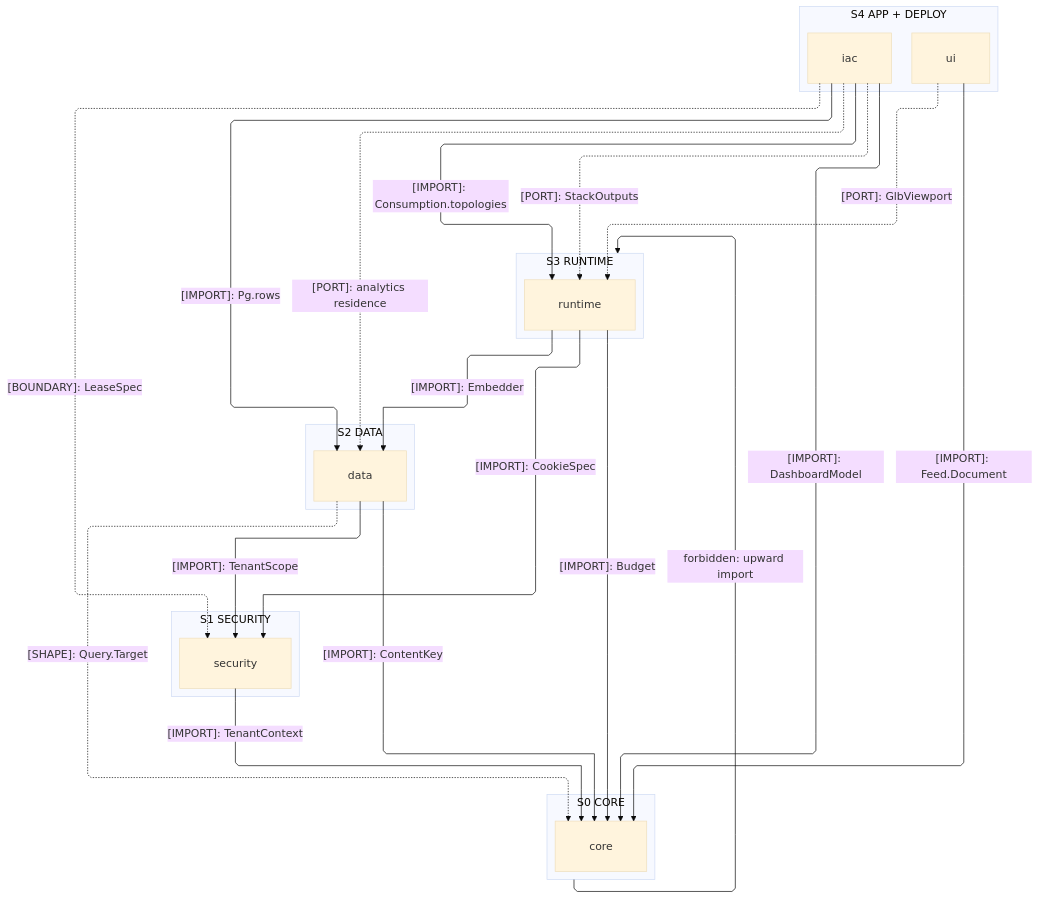
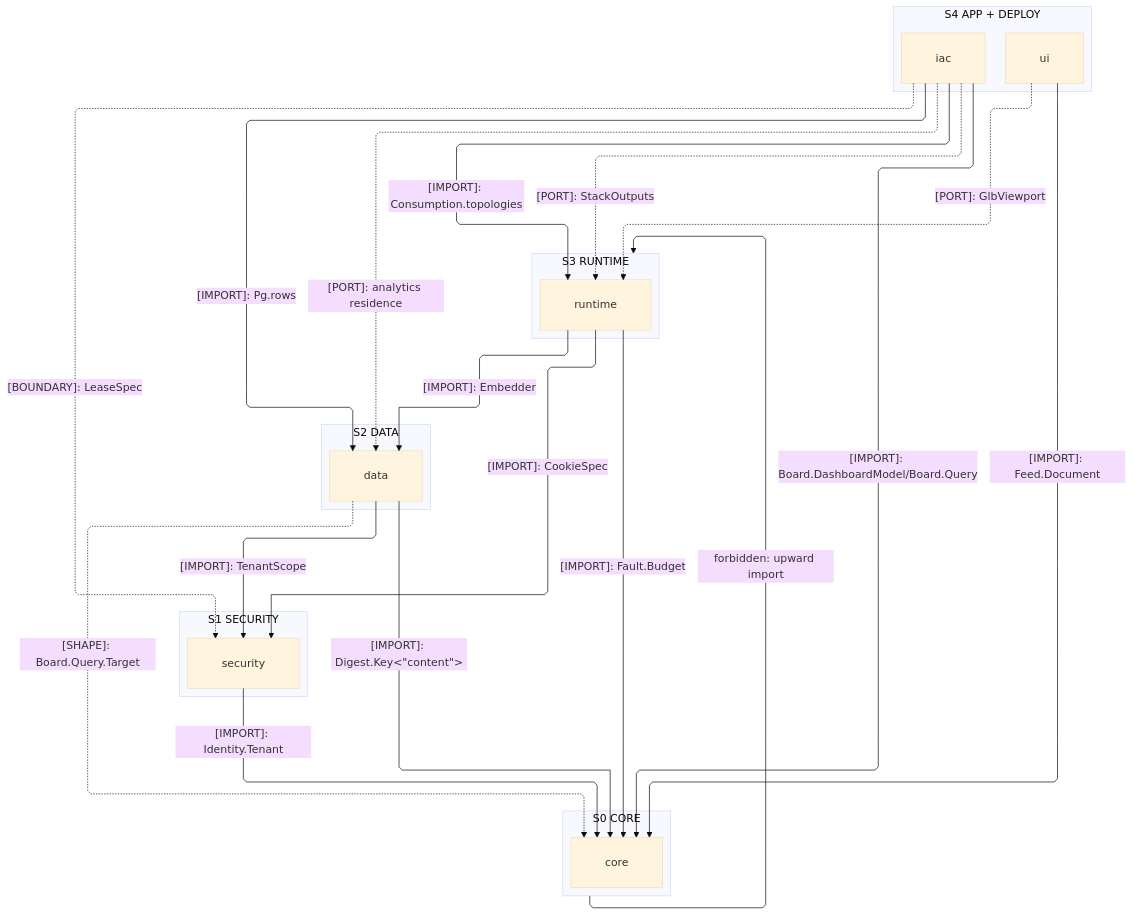
Before and after one commit to bsamiee/Rasm: the first of 4 diagrams in libs/typescript/.planning/ARCHITECTURE.md, drawn with Mermaid (base theme). The commit also changed other lines of this file and 400 other files, not shown here.

````diff
--- a/libs/typescript/.planning/ARCHITECTURE.md
+++ b/libs/typescript/.planning/ARCHITECTURE.md
@@ -28,44 +28,44 @@
 ```mermaid
 ---
 config:
   layout: elk
   flowchart:
     curve: linear
     padding: 25
 ---
 flowchart TB
     accTitle: TypeScript branch import strata
-    accDescr: Five import strata onto the core foundation; imports point downward as solid edges, and every non-import crossing rides a dashed edge — ui reaching runtime through its GlbViewport port, iac decoding the security LeaseSpec boundary, and each counter-edge handing a value down a stratum.
+    accDescr: Five strata import toward core; dashed edges carry ports or returned values rather than imports.
     subgraph S4["S4 APP + DEPLOY"]
         Ui[ui]
         Iac[iac]
     end
     subgraph S3["S3 RUNTIME"]
         Runtime[runtime]
     end
     subgraph S2["S2 DATA"]
         Data[data]
     end
     subgraph S1["S1 SECURITY"]
         Security[security]
     end
     subgraph S0["S0 CORE"]
         Core[core]
     end
     Ui e1@-.->|"[PORT]: GlbViewport"| Runtime
     Iac e12@-.->|"[BOUNDARY]: LeaseSpec"| Security
     Iac e13@-.->|"[PORT]: StackOutputs"| Runtime
     Iac e14@-.->|"[PORT]: analytics residence"| Data
-    Data e15@-.->|"[SHAPE]: Query.Target"| Core
+    Data e15@-.->|"[SHAPE]: Board.Query.Target"| Core
     Iac e2@-->|"[IMPORT]: Pg.rows"| Data
     Runtime e3@-->|"[IMPORT]: CookieSpec"| Security
     Runtime e4@-->|"[IMPORT]: Embedder"| Data
     Data e5@-->|"[IMPORT]: TenantScope"| Security
     Ui e6@-->|"[IMPORT]: Feed.Document"| Core
-    Iac e7@-->|"[IMPORT]: DashboardModel"| Core
+    Iac e7@-->|"[IMPORT]: Board.DashboardModel/Board.Query"| Core
     Iac e11@-->|"[IMPORT]: Consumption.topologies"| Runtime
-    Runtime e8@-->|"[IMPORT]: Budget"| Core
-    Data e9@-->|"[IMPORT]: ContentKey"| Core
-    Security e10@-->|"[IMPORT]: TenantContext"| Core
+    Runtime e8@-->|"[IMPORT]: Fault.Budget"| Core
+    Data e9@-->|"[IMPORT]: Digest.Key&lt;&quot;content&quot;&gt;"| Core
+    Security e10@-->|"[IMPORT]: Identity.Tenant"| Core
     S0 f1@-->|"forbidden: upward import"| S3
 ```
````
